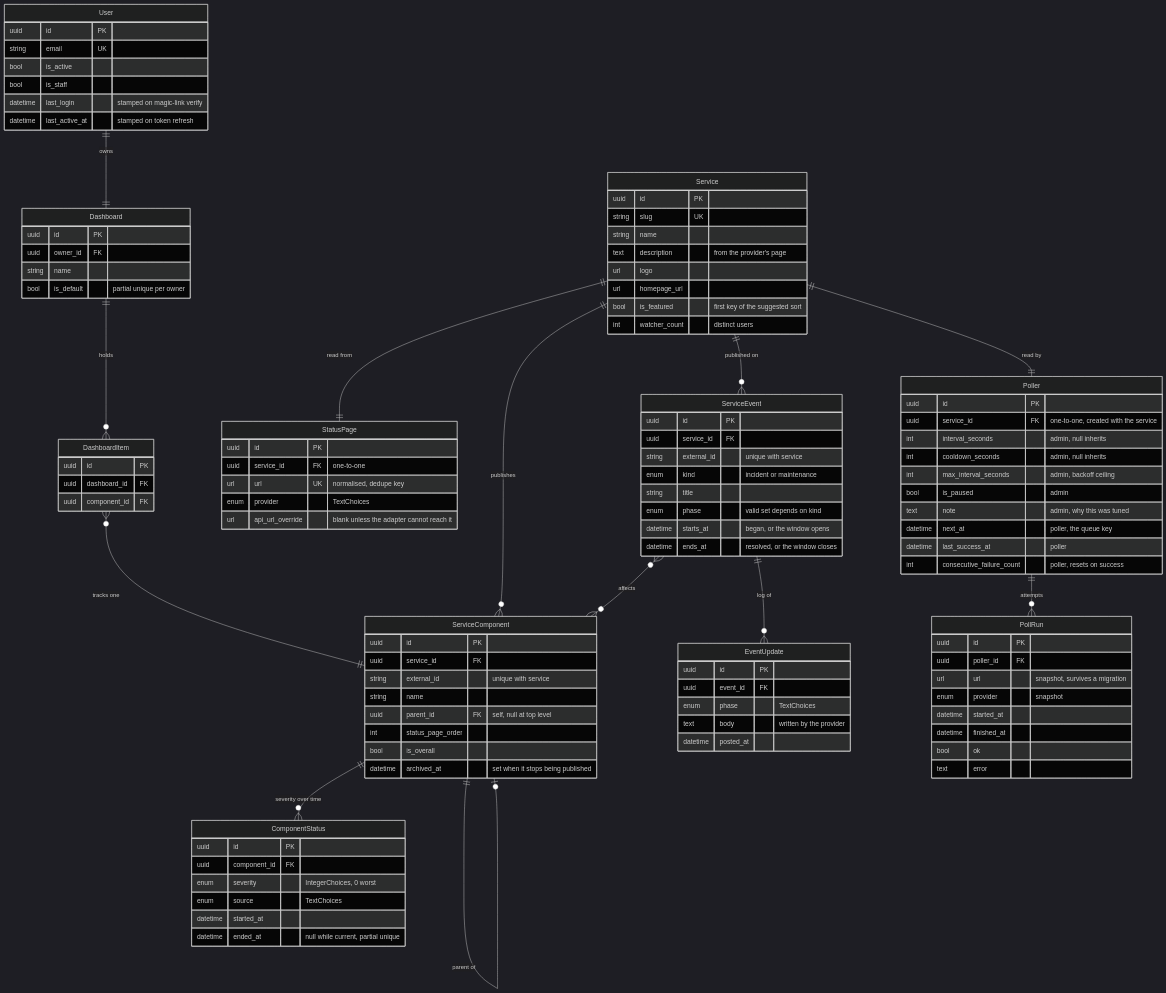
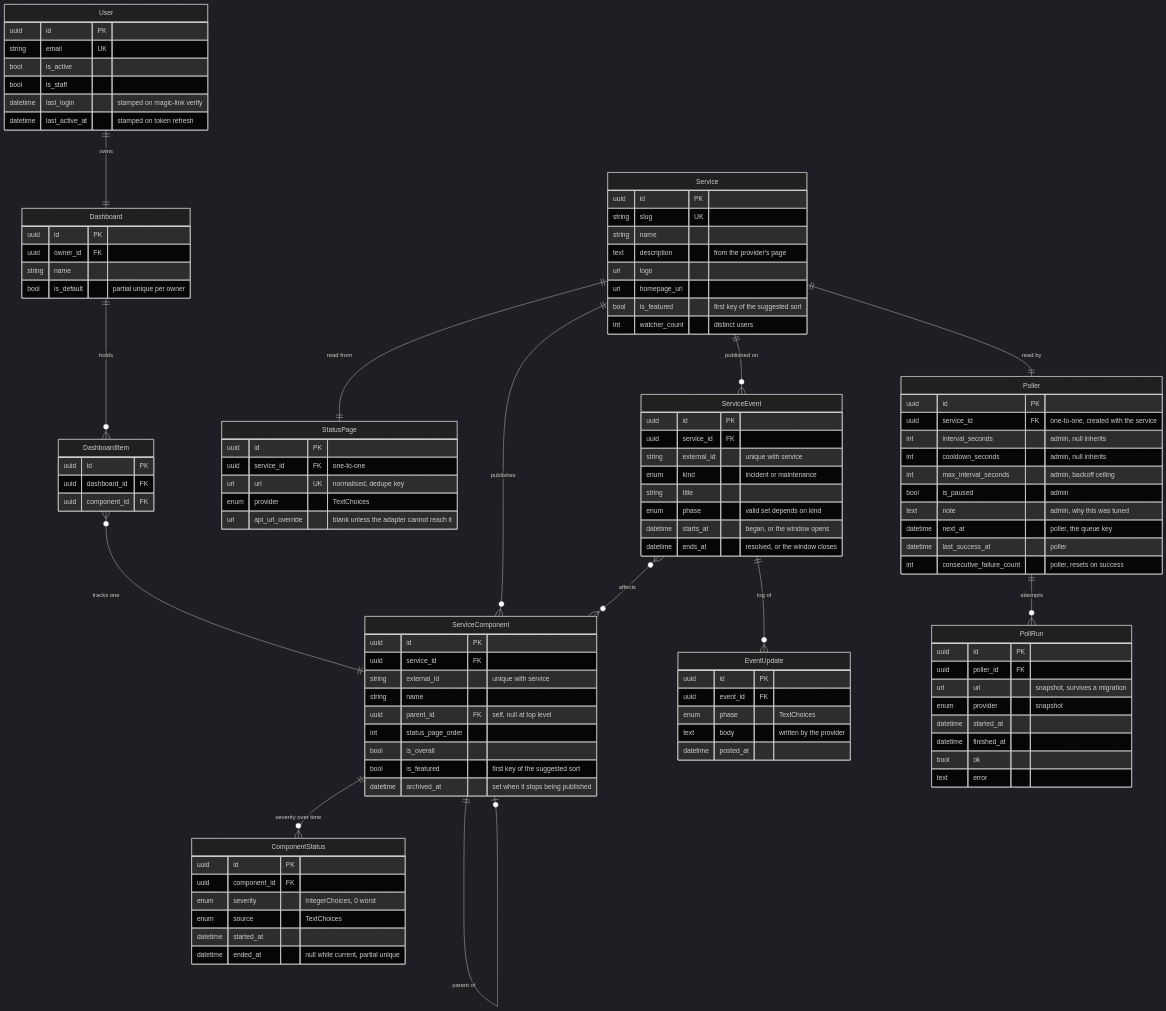
Before and after one commit to thalida/statusboard: the second of 2 diagrams in docs/specs/2026-08-23-statusboard-design.md, drawn with Mermaid (dark theme). The commit also changed 7 other files, not shown here.

```diff
--- a/docs/specs/2026-08-23-statusboard-design.md
+++ b/docs/specs/2026-08-23-statusboard-design.md
@@ -159,6 +159,7 @@
         uuid parent_id FK "self, null at top level"
         int status_page_order
         bool is_overall
+        bool is_featured "first key of the suggested sort"
         datetime archived_at "set when it stops being published"
     }
     ComponentStatus {
```
